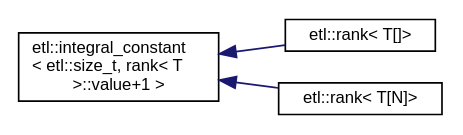
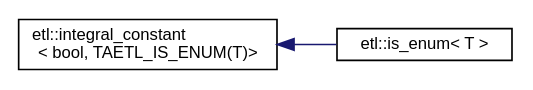
Before and after one commit to tobanteAudio/taetl: the diagram in inherit_graph_35.dot, drawn with Graphviz. The commit also changed 263 other files, not shown here.

```diff
--- a/inherit_graph_35.dot
+++ b/inherit_graph_35.dot
@@ -1,11 +1,9 @@
 digraph "Graphical Class Hierarchy"
 {
   edge [fontname="Helvetica",fontsize="10",labelfontname="Helvetica",labelfontsize="10"];
   node [fontname="Helvetica",fontsize="10",shape=record];
   rankdir="LR";
-  Node0 [label="etl::integral_constant\l\< etl::size_t, rank\< T\l \>::value+1 \>",height=0.2,width=0.4,color="black", fillcolor="white", style="filled",URL="$structetl_1_1integral__constant.html"];
+  Node0 [label="etl::integral_constant\l\< bool, TAETL_IS_ENUM(T)\>",height=0.2,width=0.4,color="black", fillcolor="white", style="filled",URL="$structetl_1_1integral__constant.html"];
   Node0 -> Node1 [dir="back",color="midnightblue",fontsize="10",style="solid",fontname="Helvetica"];
-  Node1 [label="etl::rank\< T[]\>",height=0.2,width=0.4,color="black", fillcolor="white", style="filled",URL="$structetl_1_1rank_3_01T[]_4.html"];
-  Node0 -> Node2 [dir="back",color="midnightblue",fontsize="10",style="solid",fontname="Helvetica"];
-  Node2 [label="etl::rank\< T[N]\>",height=0.2,width=0.4,color="black", fillcolor="white", style="filled",URL="$structetl_1_1rank_3_01T[N]_4.html"];
+  Node1 [label="etl::is_enum\< T \>",height=0.2,width=0.4,color="black", fillcolor="white", style="filled",URL="$structetl_1_1is__enum.html"];
 }
```
